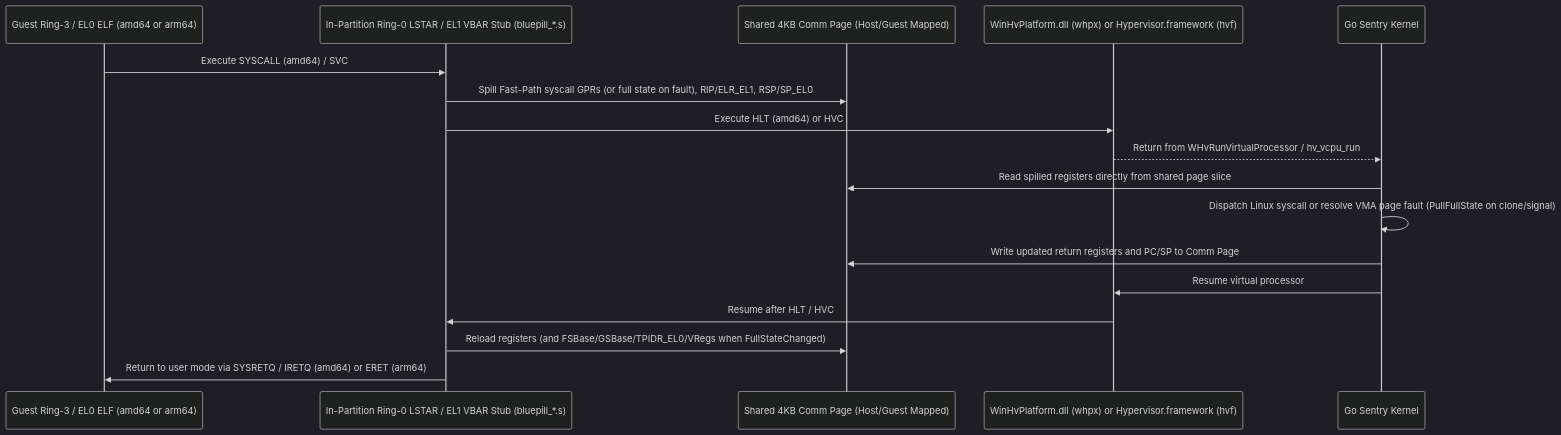
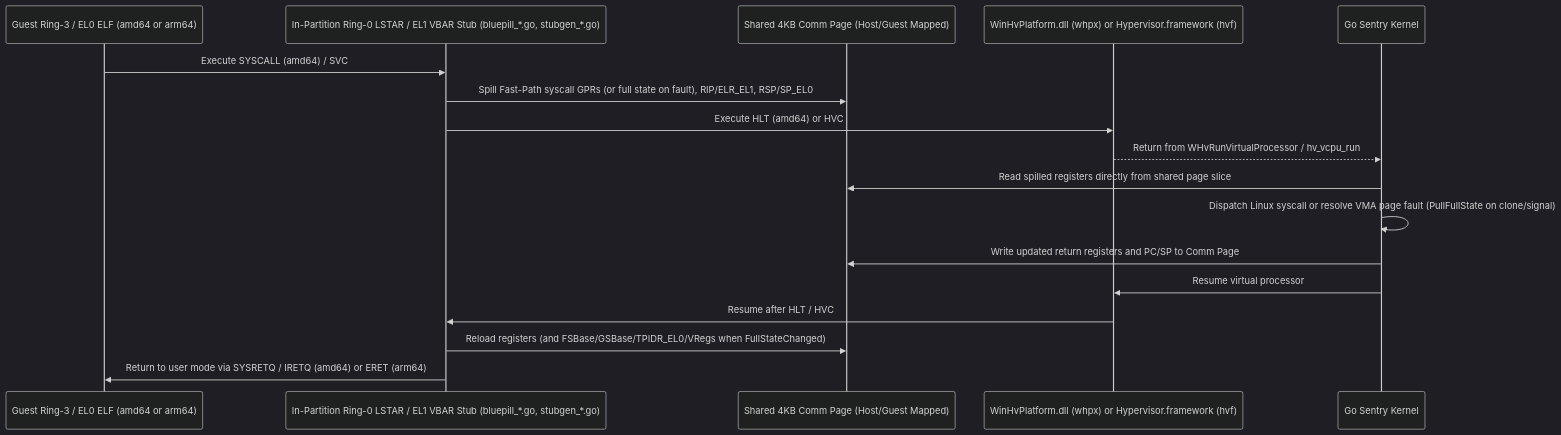
One commit to antegral/containerd-shim-gvx changed the third of 7 diagrams in docs/architecture.md. Above: the diagram before and after it, drawn with Mermaid (dark theme). The commit also changed other lines of this file and 8 other files, not shown here.

````diff
--- a/docs/architecture.md
+++ b/docs/architecture.md
@@ -244,20 +277,20 @@
 ```mermaid
 sequenceDiagram
     participant Guest as Guest Ring-3 / EL0 ELF (amd64 or arm64)
-    participant Stub as In-Partition Ring-0 LSTAR / EL1 VBAR Stub (bluepill_*.s)
+    participant Stub as In-Partition Ring-0 LSTAR / EL1 VBAR Stub (bluepill_*.go, stubgen_*.go)
     participant Comm as Shared 4KB Comm Page (Host/Guest Mapped)
     participant HV as WinHvPlatform.dll (whpx) or Hypervisor.framework (hvf)
     participant Sentry as Go Sentry Kernel
 
     Guest->>Stub: Execute SYSCALL (amd64) / SVC #0 (arm64) or trigger Page Fault
     Stub->>Comm: Spill Fast-Path syscall GPRs (or full state on fault), RIP/ELR_EL1, RSP/SP_EL0
     Stub->>HV: Execute HLT (amd64) or HVC #0 (arm64)
     HV-->>Sentry: Return from WHvRunVirtualProcessor / hv_vcpu_run
     Sentry->>Comm: Read spilled registers directly from shared page slice
     Sentry->>Sentry: Dispatch Linux syscall or resolve VMA page fault (PullFullState on clone/signal)
     Sentry->>Comm: Write updated return registers and PC/SP to Comm Page
     Sentry->>HV: Resume virtual processor
     HV->>Stub: Resume after HLT / HVC #0
     Stub->>Comm: Reload registers (and FSBase/GSBase/TPIDR_EL0/VRegs when FullStateChanged)
     Stub->>Guest: Return to user mode via SYSRETQ / IRETQ (amd64) or ERET (arm64)
 ```
````
